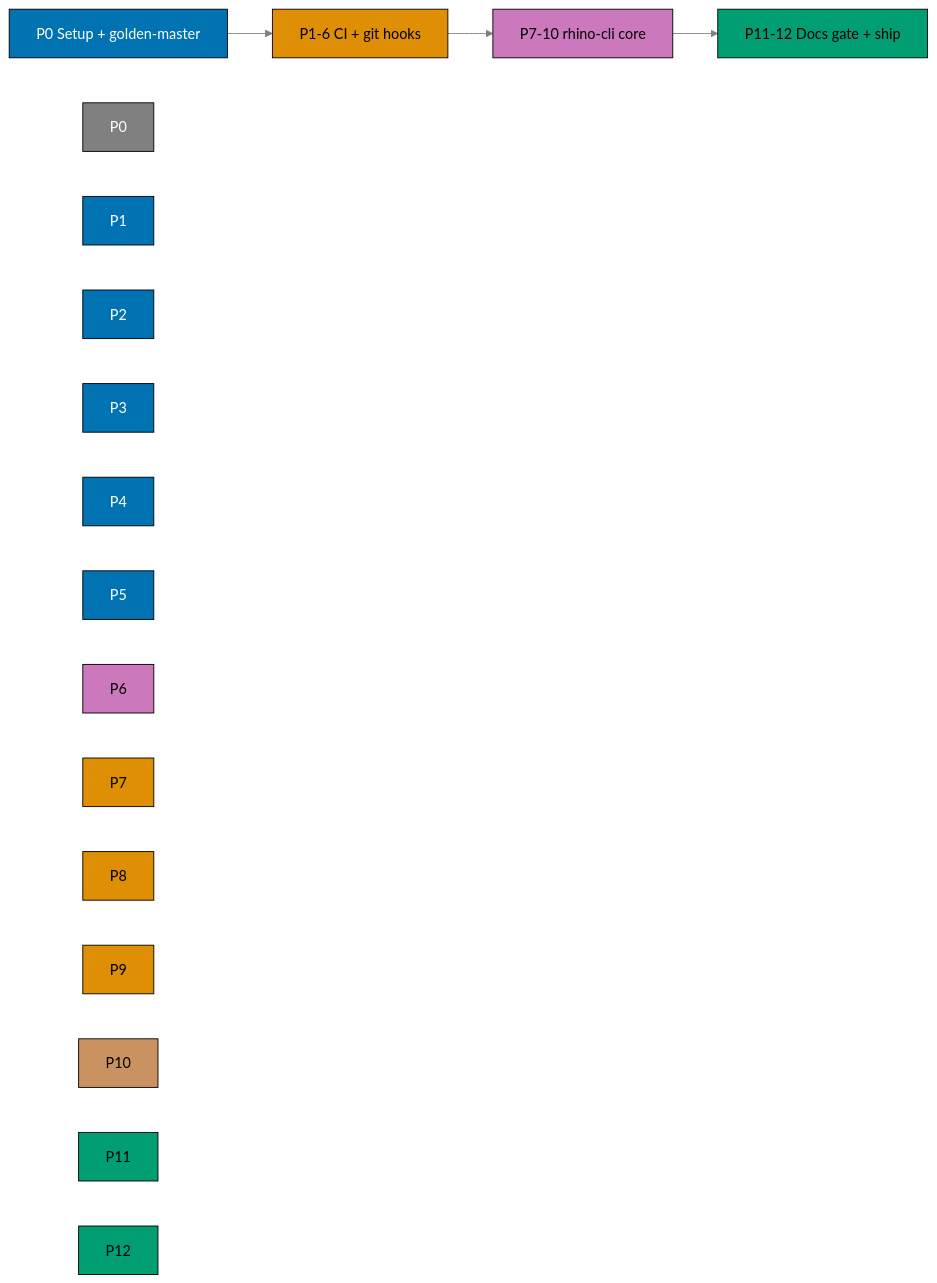
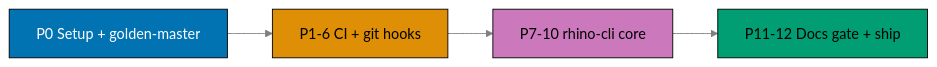
The third of 3 diagrams in plans/in-progress/standardize-repo-toolchain-parity/README.md (wahidyankf/baseerah), drawn with Mermaid (neutral theme) before and after one commit. The commit also changed other lines of this file and 4 other files, not shown here.

````diff
--- a/plans/in-progress/standardize-repo-toolchain-parity/README.md
+++ b/plans/in-progress/standardize-repo-toolchain-parity/README.md
@@ -296,31 +307,16 @@
 ```mermaid
 %% Phase 0-12 delivery flow, grouped (per-phase detail in the table above)
 flowchart LR
   G0["P0 Setup + golden-master"]
   G1["P1-6 CI + git hooks"]
   G2["P7-10 rhino-cli core"]
   G3["P11-12 Docs gate + ship"]
 
   G0 --> G1 --> G2 --> G3
 
   linkStyle default stroke:#808080,stroke-width:1px
   style G0 fill:#0173B2,stroke:#000000,color:#FFFFFF
   style G1 fill:#DE8F05,stroke:#000000,color:#000000
   style G2 fill:#CC78BC,stroke:#000000,color:#000000
   style G3 fill:#029E73,stroke:#000000,color:#000000
-
-  linkStyle default stroke:#808080,stroke-width:1px
-  style P0 fill:#808080,stroke:#000000,color:#FFFFFF
-  style P1 fill:#0173B2,stroke:#000000,color:#FFFFFF
-  style P2 fill:#0173B2,stroke:#000000,color:#FFFFFF
-  style P3 fill:#0173B2,stroke:#000000,color:#FFFFFF
-  style P4 fill:#0173B2,stroke:#000000,color:#FFFFFF
-  style P5 fill:#0173B2,stroke:#000000,color:#FFFFFF
-  style P6 fill:#CC78BC,stroke:#000000,color:#000000
-  style P7 fill:#DE8F05,stroke:#000000,color:#000000
-  style P8 fill:#DE8F05,stroke:#000000,color:#000000
-  style P9 fill:#DE8F05,stroke:#000000,color:#000000
-  style P10 fill:#CA9161,stroke:#000000,color:#000000
-  style P11 fill:#029E73,stroke:#000000,color:#000000
-  style P12 fill:#029E73,stroke:#000000,color:#000000
 ```
````
